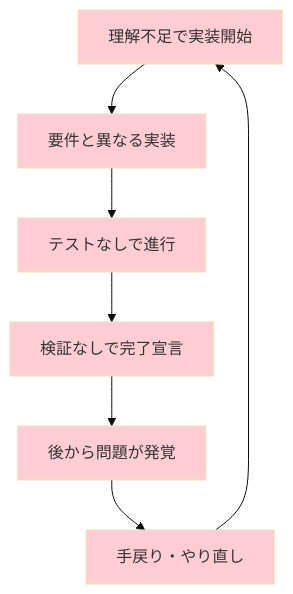
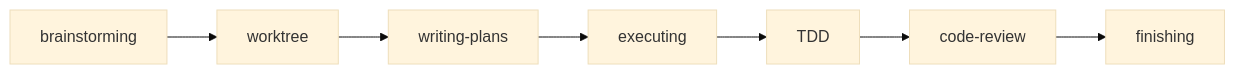
One commit to zrn-ns/book-writing-skill changed the diagram in examples/superpowers-skill-guide/src/01-what-is-superpowers.md. Above: the diagram before and after it, drawn with Mermaid (base theme). The commit also changed other lines of this file and 21 other files, not shown here.

````diff
--- a/examples/superpowers-skill-guide/src/01-what-is-superpowers.md
+++ b/examples/superpowers-skill-guide/src/01-what-is-superpowers.md
@@ -80,16 +17,9 @@
 ```mermaid
-flowchart TD
-    A[理解不足で実装開始] --> B[要件と異なる実装]
-    B --> C[テストなしで進行]
-    C --> D[検証なしで完了宣言]
-    D --> E[後から問題が発覚]
-    E --> F[手戻り・やり直し]
-    F --> A
-
-    style A fill:#ffcdd2
-    style B fill:#ffcdd2
-    style C fill:#ffcdd2
-    style D fill:#ffcdd2
-    style E fill:#ffcdd2
-    style F fill:#ffcdd2
+flowchart LR
+    A[brainstorming] --> B[worktree]
+    B --> C[writing-plans]
+    C --> D[executing]
+    D --> E[TDD]
+    E --> F[code-review]
+    F --> G[finishing]
 ```
````
